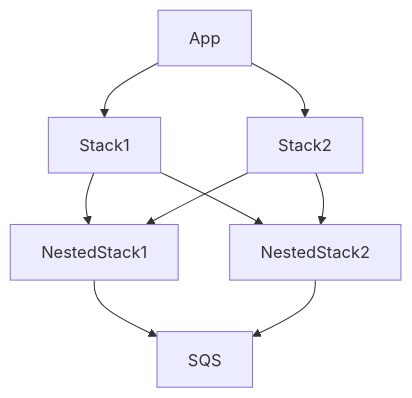
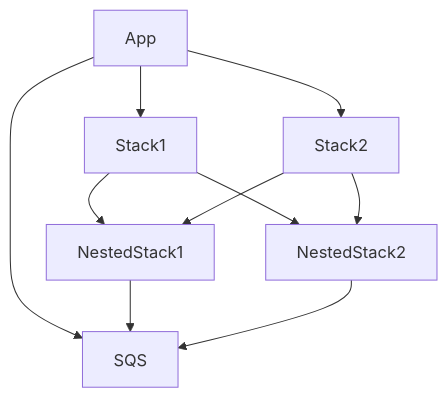
One commit to raihalea/nestedstack-memo changed the diagram in README.md. Above: the diagram before and after it, drawn with Mermaid.

````diff
--- a/README.md
+++ b/README.md
@@ -4,14 +4,15 @@
 ```mermaid
 graph TD
   A[App] --> B[Stack1]
   A --> C[Stack2]
+  A --> I[SQS]
 
   B --> E[NestedStack1]
   B --> F[NestedStack2]
 
   C --> E
   C --> F
 
-  E --> I[SQS]
+  E --> I
   F --> I
-  ```
+```
````
